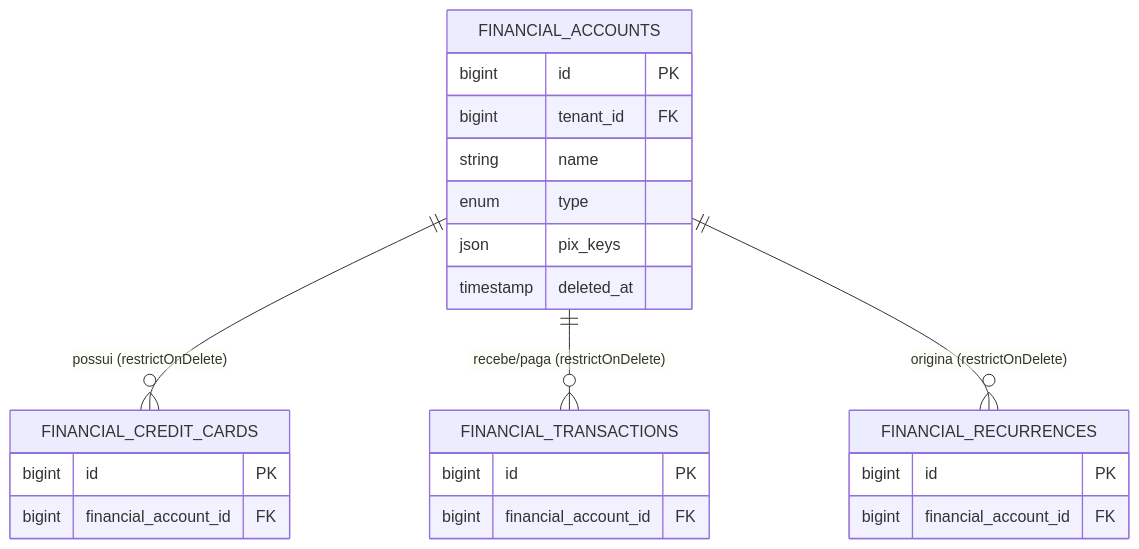
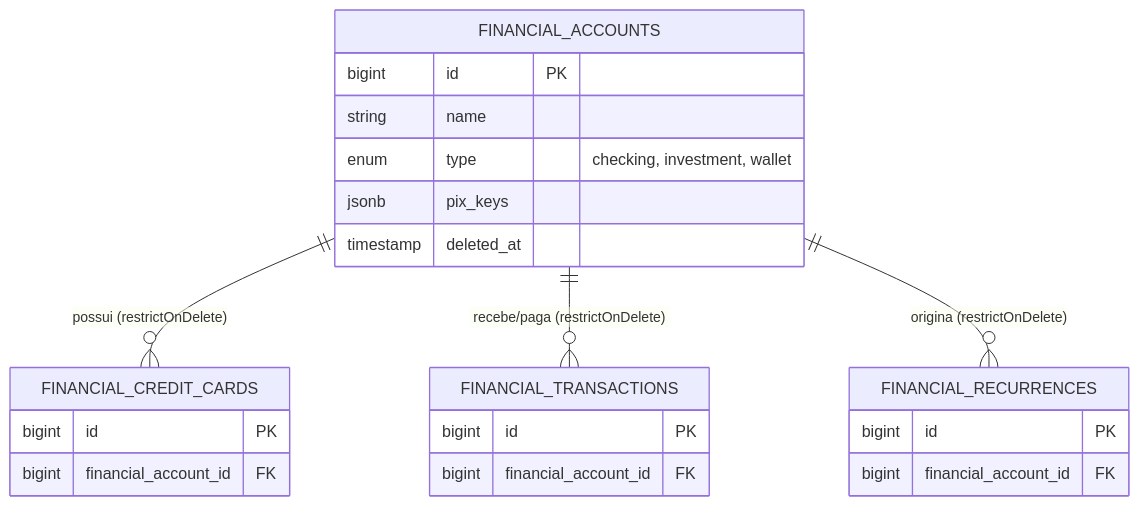
One commit to ArthurWillers/james changed the diagram in docs/content/docs/modulos/financas/contas.md. Above: the diagram before and after it, drawn with Mermaid. The commit also changed other lines of this file and 16 other files, not shown here.

````diff
--- a/docs/content/docs/modulos/financas/contas.md
+++ b/docs/content/docs/modulos/financas/contas.md
@@ -25,27 +24,26 @@
 ```mermaid
 erDiagram
     FINANCIAL_ACCOUNTS {
         bigint id PK
-        bigint tenant_id FK
         string name
-        enum type
-        json pix_keys
+        enum type "checking, investment, wallet"
+        jsonb pix_keys
         timestamp deleted_at
     }
     FINANCIAL_CREDIT_CARDS {
         bigint id PK
         bigint financial_account_id FK
     }
     FINANCIAL_TRANSACTIONS {
         bigint id PK
         bigint financial_account_id FK
     }
     FINANCIAL_RECURRENCES {
         bigint id PK
         bigint financial_account_id FK
     }
 
     FINANCIAL_ACCOUNTS ||--o{ FINANCIAL_CREDIT_CARDS : "possui (restrictOnDelete)"
     FINANCIAL_ACCOUNTS ||--o{ FINANCIAL_TRANSACTIONS : "recebe/paga (restrictOnDelete)"
     FINANCIAL_ACCOUNTS ||--o{ FINANCIAL_RECURRENCES : "origina (restrictOnDelete)"
 ```
````
